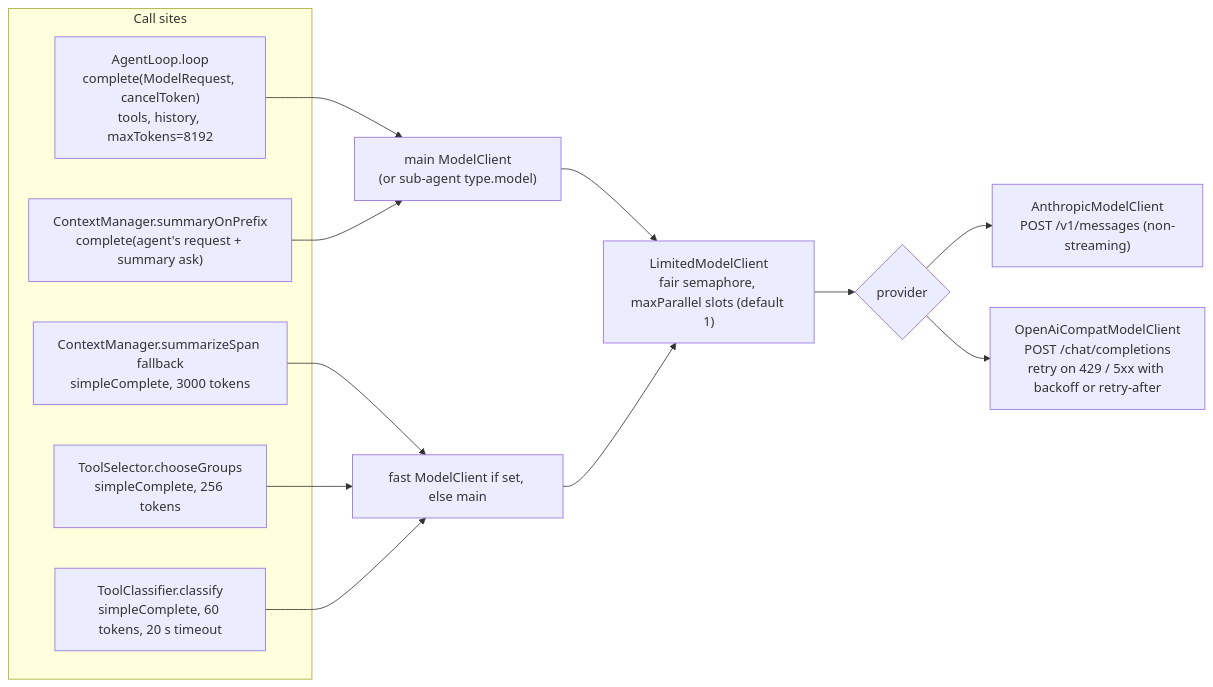
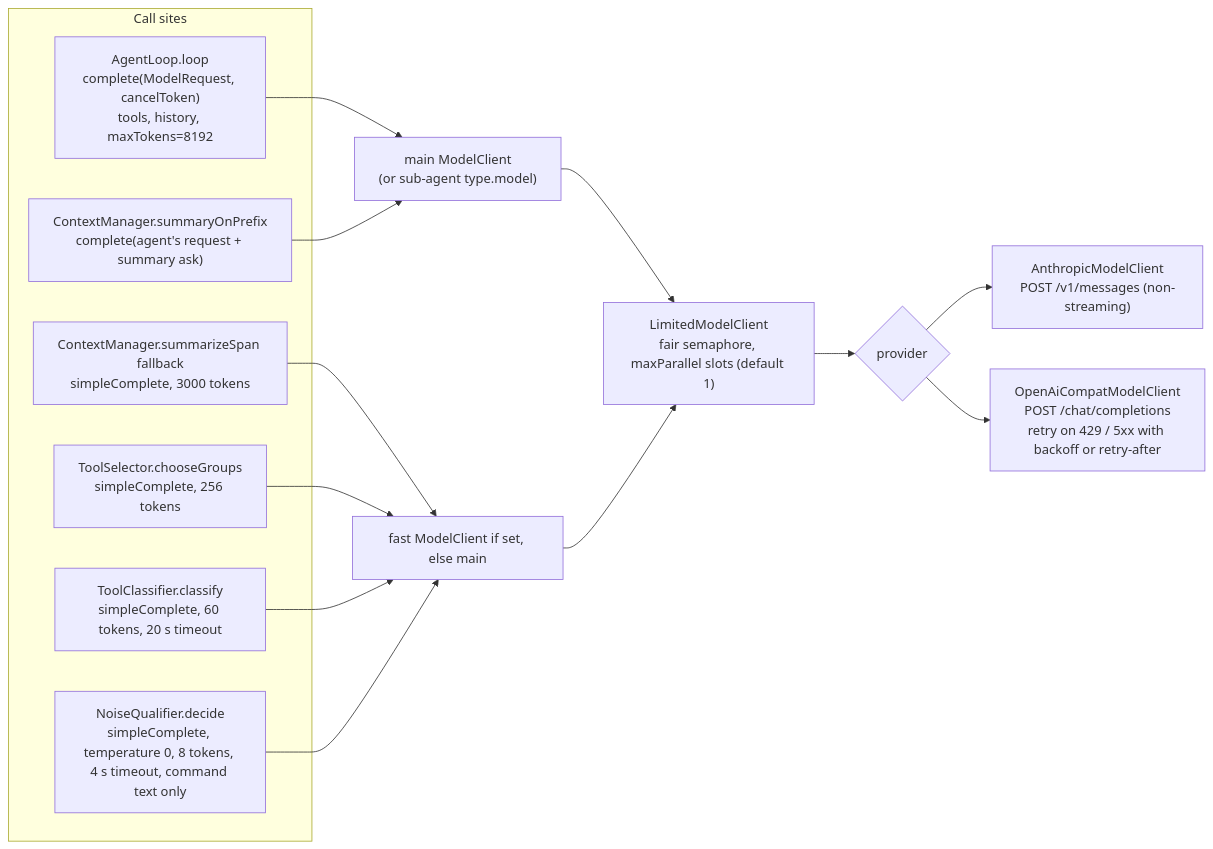
The tenth of 13 diagrams in docs/FLOW.md (kendarorg/jllm), drawn with Mermaid before and after one commit. The commit also changed other lines of this file and 25 other files, not shown here.

````diff
--- a/docs/FLOW.md
+++ b/docs/FLOW.md
@@ -358,16 +358,17 @@
 ```mermaid
 flowchart LR
     subgraph Calls["Call sites"]
         C1["AgentLoop.loop<br/>complete(ModelRequest, cancelToken)<br/>tools, history, maxTokens=8192"]
         C2["ContextManager.summaryOnPrefix<br/>complete(agent's request + summary ask)"]
         C3["ContextManager.summarizeSpan fallback<br/>simpleComplete, 3000 tokens"]
         C4["ToolSelector.chooseGroups<br/>simpleComplete, 256 tokens"]
         C5["ToolClassifier.classify<br/>simpleComplete, 60 tokens, 20 s timeout"]
+        C6["NoiseQualifier.decide<br/>simpleComplete, temperature 0, 8 tokens, 4 s timeout, command text only"]
     end
     C1 & C2 --> MAIN["main ModelClient<br/>(or sub-agent type.model)"]
-    C3 & C4 & C5 --> FASTQ["fast ModelClient if set, else main"]
+    C3 & C4 & C5 & C6 --> FASTQ["fast ModelClient if set, else main"]
     MAIN & FASTQ --> LMC["LimitedModelClient<br/>fair semaphore, maxParallel slots (default 1)"]
     LMC --> P{"provider"}
     P --> ANT["AnthropicModelClient<br/>POST /v1/messages (non-streaming)"]
     P --> OAI["OpenAiCompatModelClient<br/>POST /chat/completions<br/>retry on 429 / 5xx with backoff or retry-after"]
 ```
````
